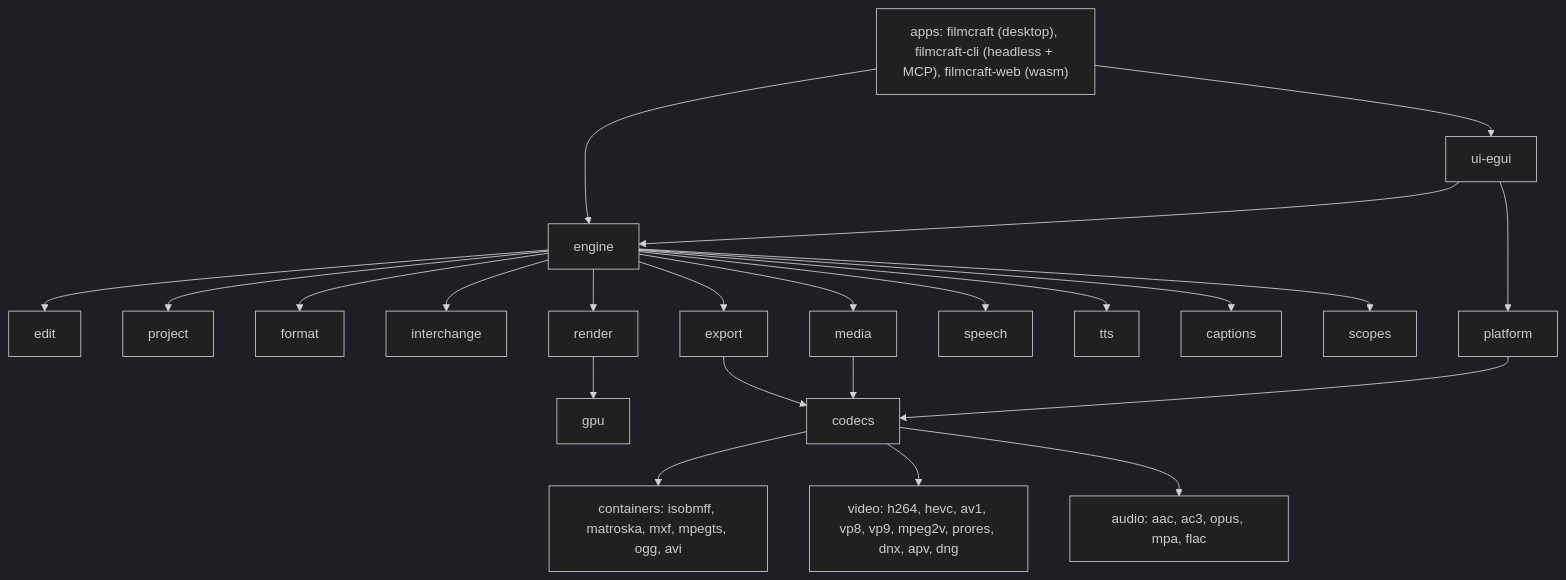
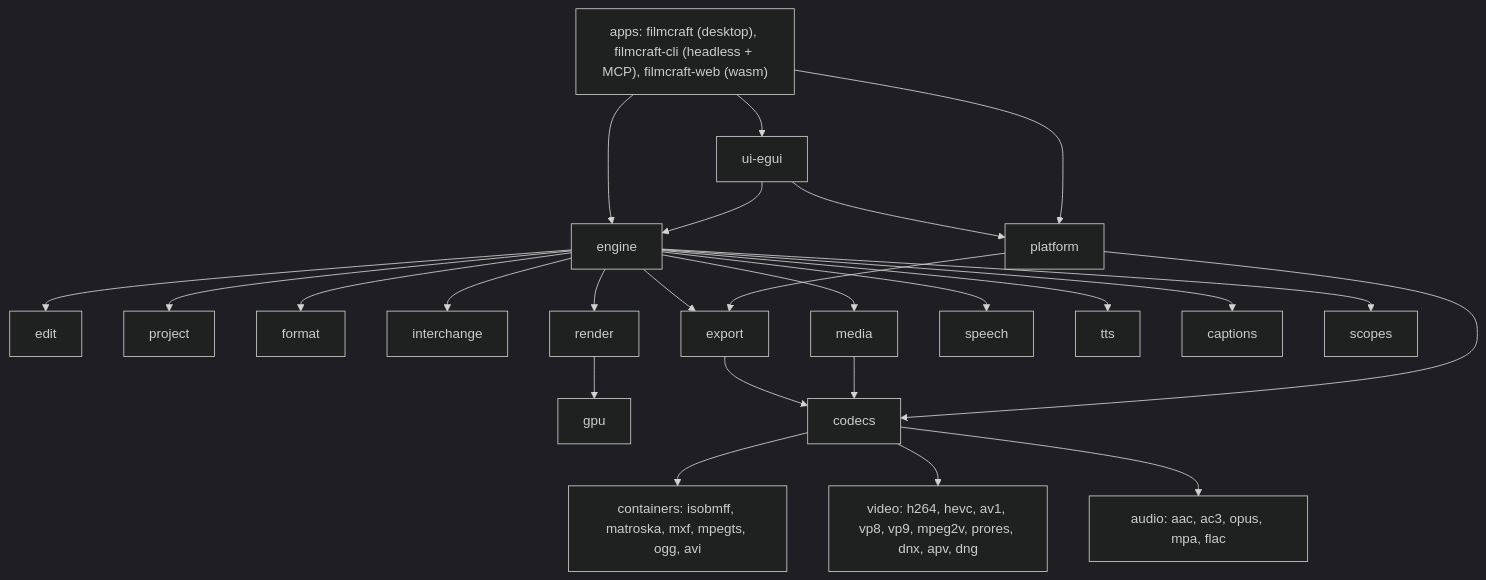
The diagram in docs/code-map.md (iannitram/filmcraft), drawn with Mermaid (dark theme) before and after one commit. The commit also changed other lines of this file, not shown here.

````diff
--- a/docs/code-map.md
+++ b/docs/code-map.md
@@ -7,15 +11,17 @@
 ```mermaid
 flowchart TD
     apps["apps: filmcraft (desktop), filmcraft-cli (headless + MCP), filmcraft-web (wasm)"] --> ui[ui-egui]
     apps --> engine
     ui --> engine
     engine --> edit & project & format & interchange & render & export & media & speech & tts & captions & scopes
     render --> gpu
     export --> codecs
     media --> codecs
     codecs --> containers["containers: isobmff, matroska, mxf, mpegts, ogg, avi"]
     codecs --> video["video: h264, hevc, av1, vp8, vp9, mpeg2v, prores, dnx, apv, dng"]
     codecs --> audio["audio: aac, ac3, opus, mpa, flac"]
     platform --> codecs
+    platform --> export
     ui --> platform
+    apps --> platform
 ```
````
